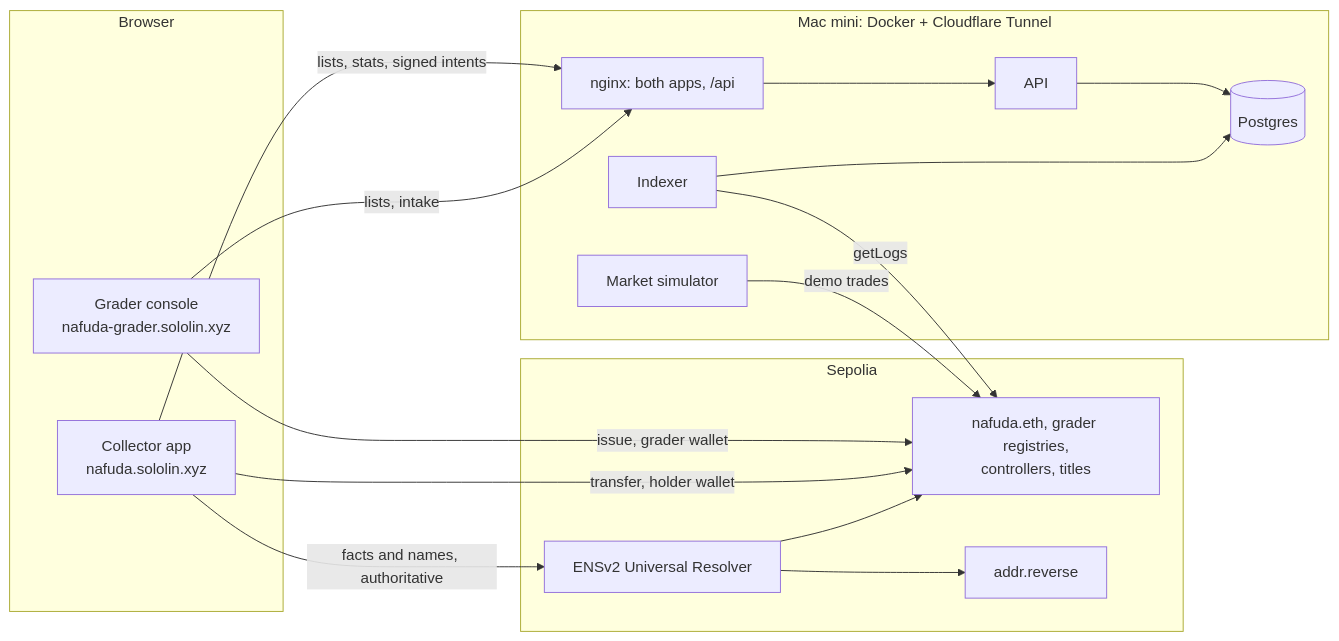
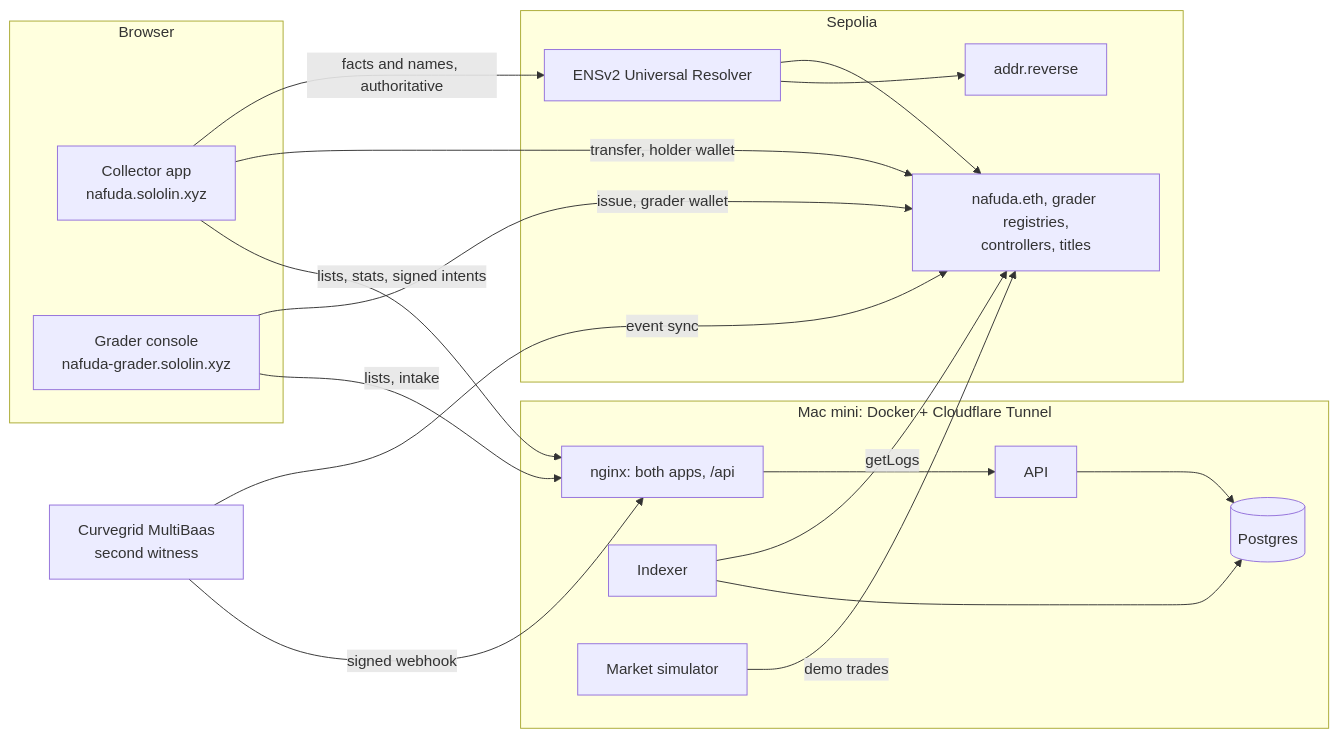
Before and after one commit to LinXJ1204/nafuda: the second of 2 diagrams in README.md, drawn with Mermaid. The commit also changed other lines of this file and 3 other files, not shown here.

Commit message:
[curvegrid] MultiBaas connected: 3 grader registries linked, signed webhook live, first witnessed events agree; README Curvegrid section (RWA and dashboard fit, how MultiBaas is used, feedback draft); e2e checks the witness both ways; market paced for the judging period

````diff
--- a/README.md
+++ b/README.md
@@ -105,30 +105,32 @@
 ```mermaid
 flowchart LR
   subgraph Browser
     C[Collector app<br/>nafuda.sololin.xyz]
     Gc[Grader console<br/>nafuda-grader.sololin.xyz]
   end
   subgraph Sepolia
     UR[ENSv2 Universal Resolver]
     T[nafuda.eth, grader registries,<br/>controllers, titles]
     RR[addr.reverse]
   end
   subgraph "Mac mini: Docker + Cloudflare Tunnel"
     N[nginx: both apps, /api]
     API[API]
     IDX[Indexer]
     DB[(Postgres)]
     M[Market simulator]
   end
   C -- "facts and names, authoritative" --> UR
   Gc -- "issue, grader wallet" --> T
   C -- "transfer, holder wallet" --> T
   UR --> T
   UR --> RR
   C -- "lists, stats, signed intents" --> N
   Gc -- "lists, intake" --> N
   N --> API --> DB
   IDX -- getLogs --> T
   IDX --> DB
   M -- "demo trades" --> T
+  MB[Curvegrid MultiBaas<br/>second witness] -- "event sync" --> T
+  MB -- "signed webhook" --> N
 ```
````
